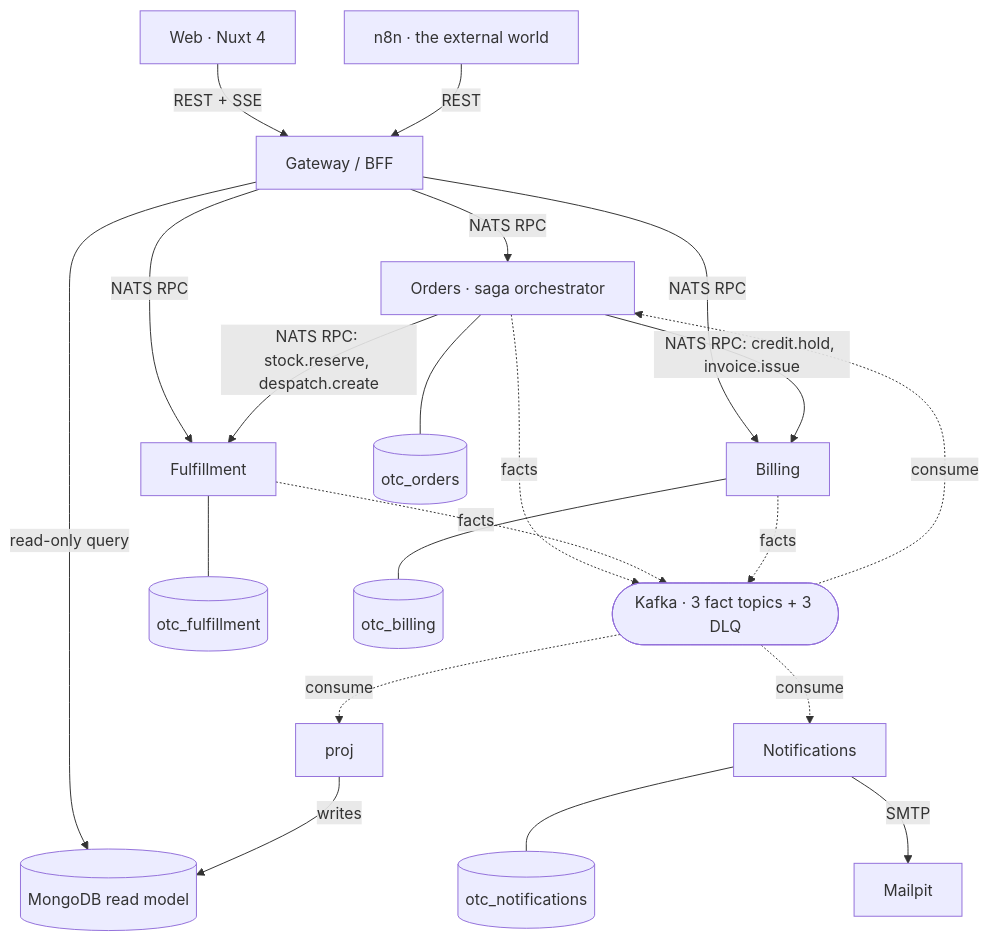
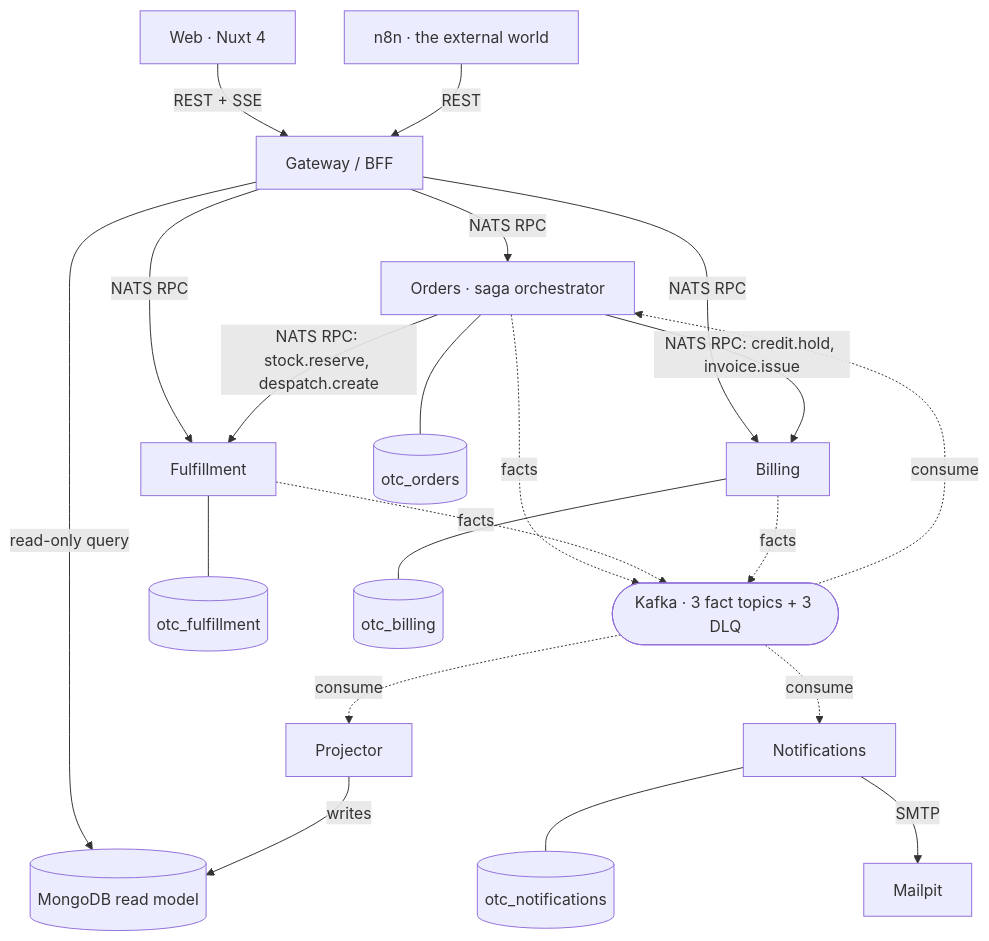
Before and after one commit to peelmicro/order-to-cash-nestjs: the first of 2 diagrams in README.md, drawn with Mermaid. The commit also changed other lines of this file and 3 other files, not shown here.

````diff
--- a/README.md
+++ b/README.md
@@ -97,27 +97,27 @@
 ```mermaid
 flowchart TB
     web["Web · Nuxt 4"] -->|REST + SSE| gw["Gateway / BFF"]
     n8n["n8n · the external world"] -->|REST| gw
 
     gw -->|NATS RPC| orders["Orders · saga orchestrator"]
     gw -->|NATS RPC| ful["Fulfillment"]
     gw -->|NATS RPC| bil["Billing"]
     gw -->|read-only query| mongo
 
     orders -->|NATS RPC: stock.reserve, despatch.create| ful
     orders -->|NATS RPC: credit.hold, invoice.issue| bil
 
     orders -.->|facts| K(["Kafka · 3 fact topics + 3 DLQ"])
     ful -.->|facts| K
     bil -.->|facts| K
     K -.->|consume| orders
-    K -.->|consume| proj
+    K -.->|consume| proj["Projector"]
     K -.->|consume| notif["Notifications"]
 
     orders --- odb[("otc_orders")]
     ful --- fdb[("otc_fulfillment")]
     bil --- bdb[("otc_billing")]
     notif --- ndb[("otc_notifications")]
     proj -->|writes| mongo[("MongoDB read model")]
     notif -->|SMTP| mail["Mailpit"]
 ```
````
